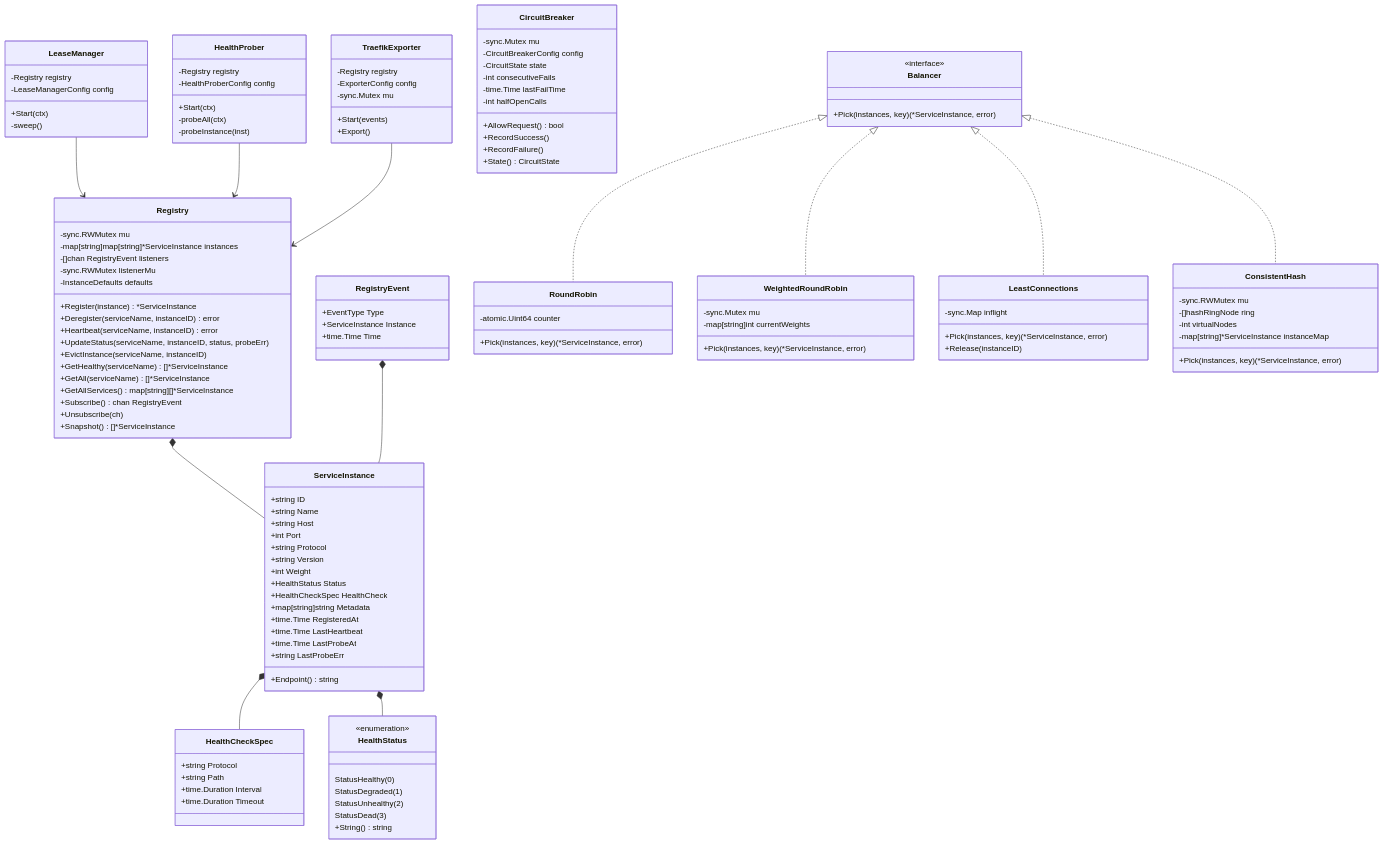
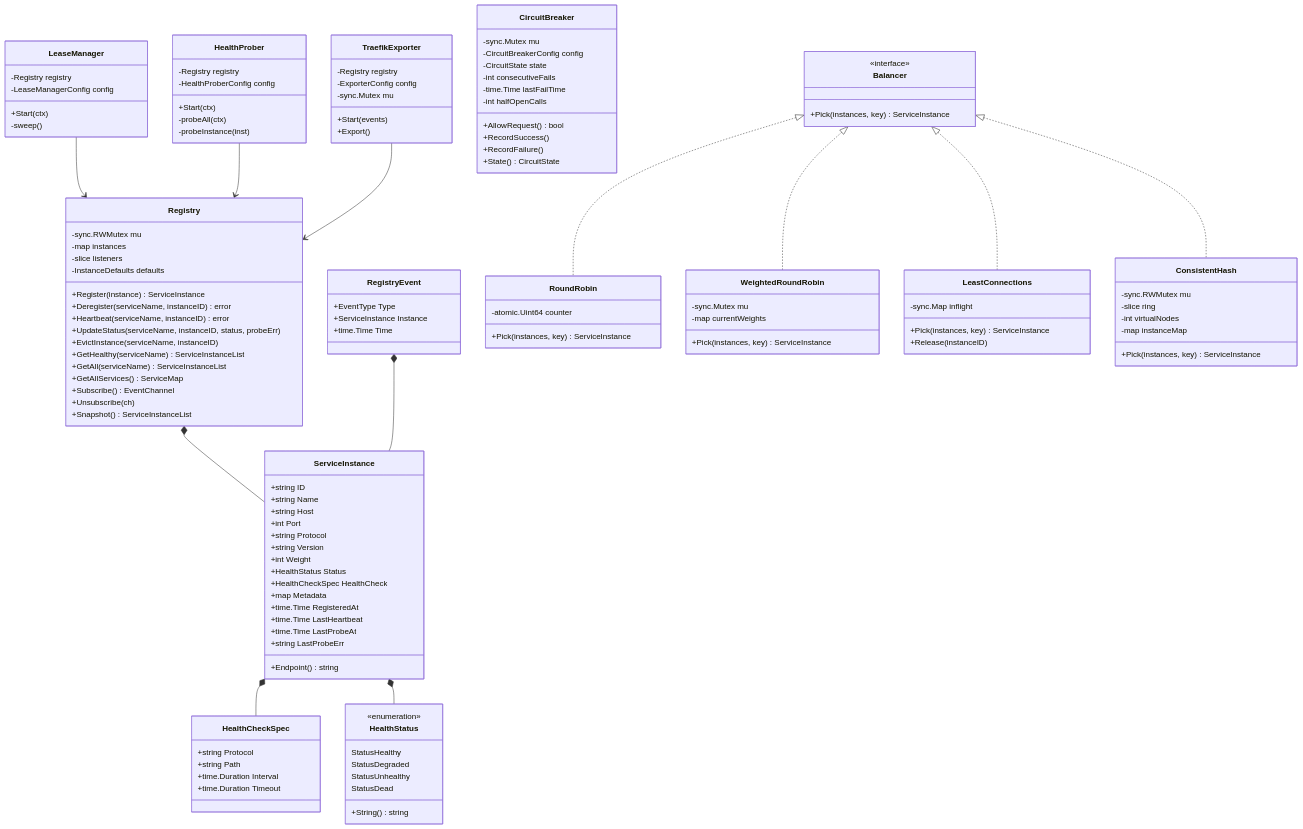
The third of 6 diagrams in packages/configs/llm-obs-infra/docs/architectureDoc/adr-0009-service-registry-and-discovery.md (Chief-Strategist-J/llm-observability-platform), drawn with Mermaid before and after one commit. The commit also changed other lines of this file, not shown here.

Commit message:
fix(docs): update Mermaid diagram syntax in ADR-0009 for GitHub renderer compatibility

```diff
--- a/packages/configs/llm-obs-infra/docs/architectureDoc/adr-0009-service-registry-and-discovery.md
+++ b/packages/configs/llm-obs-infra/docs/architectureDoc/adr-0009-service-registry-and-discovery.md
@@ -235,7 +235,7 @@
         +int Weight
         +HealthStatus Status
         +HealthCheckSpec HealthCheck
-        +map[string]string Metadata
+        +map Metadata
         +time.Time RegisteredAt
         +time.Time LastHeartbeat
         +time.Time LastProbeAt
@@ -252,10 +252,10 @@
 
     class HealthStatus {
         <<enumeration>>
-        StatusHealthy (0)
-        StatusDegraded (1)
-        StatusUnhealthy (2)
-        StatusDead (3)
+        StatusHealthy
+        StatusDegraded
+        StatusUnhealthy
+        StatusDead
         +String() string
     }
 
@@ -267,21 +267,20 @@
 
     class Registry {
         -sync.RWMutex mu
-        -map[string]map[string]*ServiceInstance instances
-        -[]chan RegistryEvent listeners
-        -sync.RWMutex listenerMu
+        -map instances
+        -slice listeners
         -InstanceDefaults defaults
-        +Register(instance) *ServiceInstance
+        +Register(instance) ServiceInstance
         +Deregister(serviceName, instanceID) error
         +Heartbeat(serviceName, instanceID) error
         +UpdateStatus(serviceName, instanceID, status, probeErr)
         +EvictInstance(serviceName, instanceID)
-        +GetHealthy(serviceName) []*ServiceInstance
-        +GetAll(serviceName) []*ServiceInstance
-        +GetAllServices() map[string][]*ServiceInstance
-        +Subscribe() chan RegistryEvent
+        +GetHealthy(serviceName) ServiceInstanceList
+        +GetAll(serviceName) ServiceInstanceList
+        +GetAllServices() ServiceMap
+        +Subscribe() EventChannel
         +Unsubscribe(ch)
-        +Snapshot() []*ServiceInstance
+        +Snapshot() ServiceInstanceList
     }
 
     class LeaseManager {
@@ -301,32 +300,32 @@
 
     class Balancer {
         <<interface>>
-        +Pick(instances, key) (*ServiceInstance, error)
+        +Pick(instances, key) ServiceInstance
     }
 
     class RoundRobin {
         -atomic.Uint64 counter
-        +Pick(instances, key) (*ServiceInstance, error)
+        +Pick(instances, key) ServiceInstance
     }
 
     class WeightedRoundRobin {
         -sync.Mutex mu
-        -map[string]int currentWeights
-        +Pick(instances, key) (*ServiceInstance, error)
+        -map currentWeights
+        +Pick(instances, key) ServiceInstance
     }
 
     class LeastConnections {
         -sync.Map inflight
-        +Pick(instances, key) (*ServiceInstance, error)
+        +Pick(instances, key) ServiceInstance
         +Release(instanceID)
     }
 
     class ConsistentHash {
         -sync.RWMutex mu
-        -[]hashRingNode ring
+        -slice ring
         -int virtualNodes
-        -map[string]*ServiceInstance instanceMap
-        +Pick(instances, key) (*ServiceInstance, error)
+        -map instanceMap
+        +Pick(instances, key) ServiceInstance
     }
 
     class CircuitBreaker {
```
